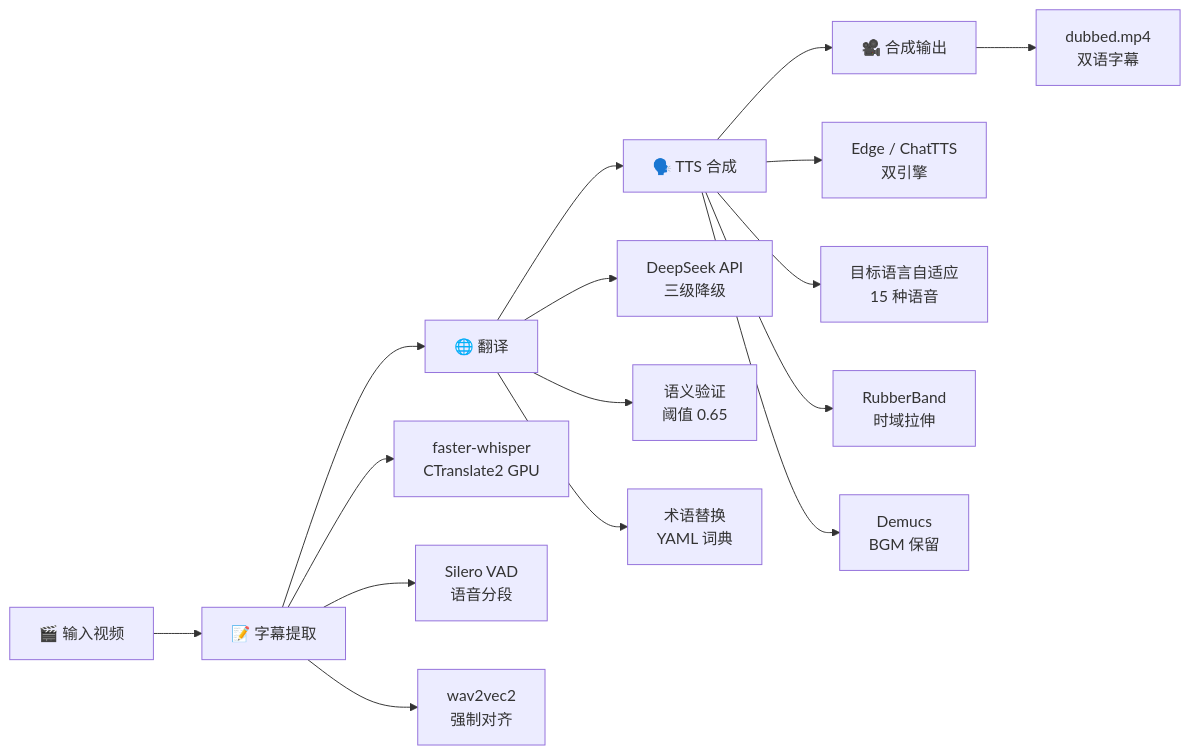
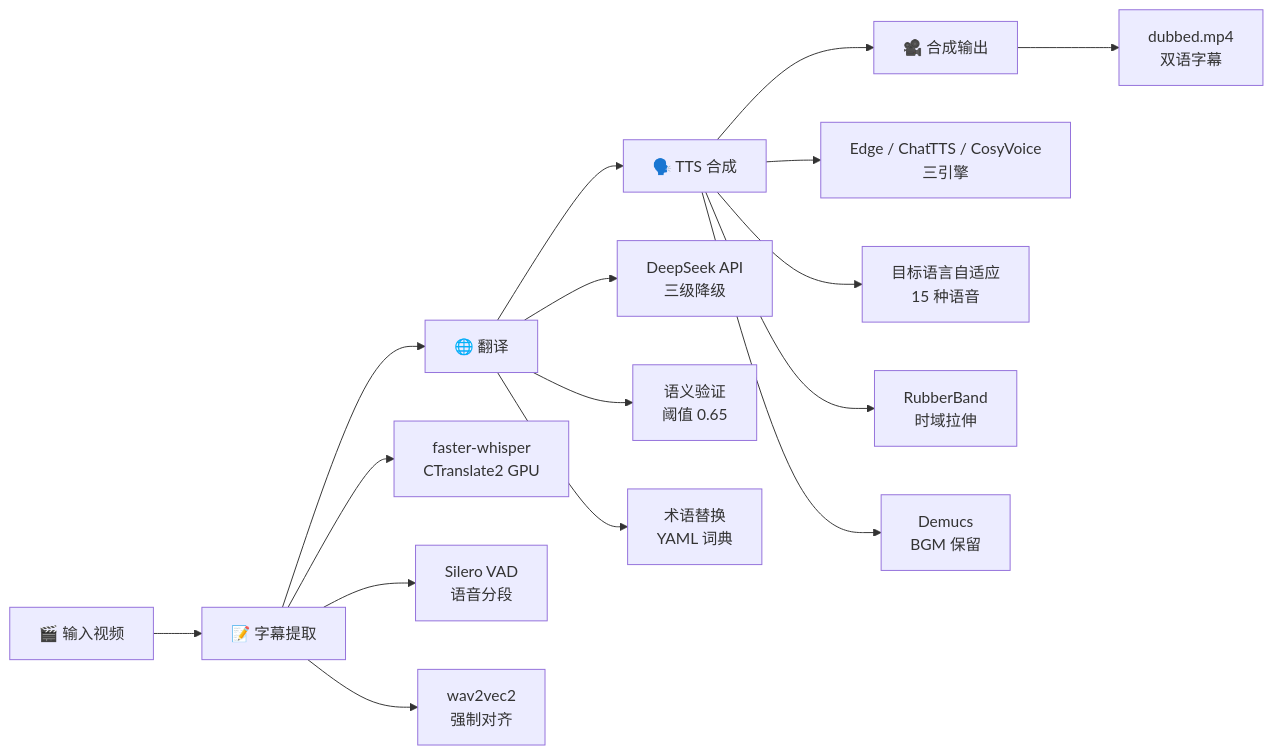
The diagram in README_CN.md (Friend-Xu/Translate-video-WebUI), drawn with Mermaid before and after one commit. The commit also changed other lines of this file and 3 other files, not shown here.

Commit message:
docs: update READMEs for CosyVoice TTS triple-engine support

````diff
--- a/README_CN.md
+++ b/README_CN.md
@@ -86,22 +87,22 @@
 ```mermaid
 graph LR
     A[🎬 输入视频] --> B[📝 字幕提取]
     B --> C[🌐 翻译]
     C --> D[🗣️ TTS 合成]
     D --> E[🎥 合成输出]
 
     B --> B1[faster-whisper<br/>CTranslate2 GPU]
     B --> B2[Silero VAD<br/>语音分段]
     B --> B3[wav2vec2<br/>强制对齐]
 
     C --> C1[DeepSeek API<br/>三级降级]
     C --> C2[语义验证<br/>阈值 0.65]
     C --> C3[术语替换<br/>YAML 词典]
 
-    D --> D1[Edge / ChatTTS<br/>双引擎]
+    D --> D1[Edge / ChatTTS / CosyVoice<br/>三引擎]
     D --> D2[目标语言自适应<br/>15 种语音]
     D --> D3[RubberBand<br/>时域拉伸]
     D --> D4[Demucs<br/>BGM 保留]
 
     E --> E1[dubbed.mp4<br/>双语字幕]
 ```
````
